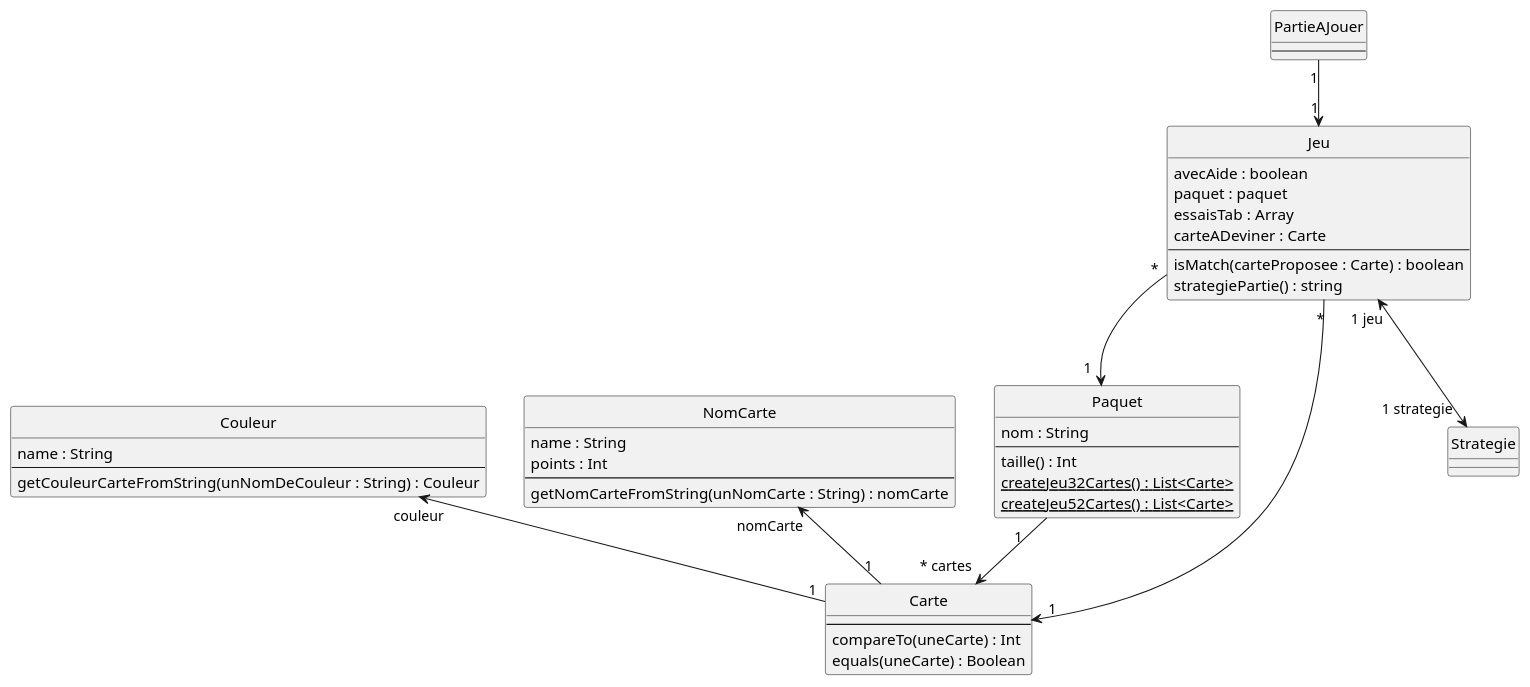
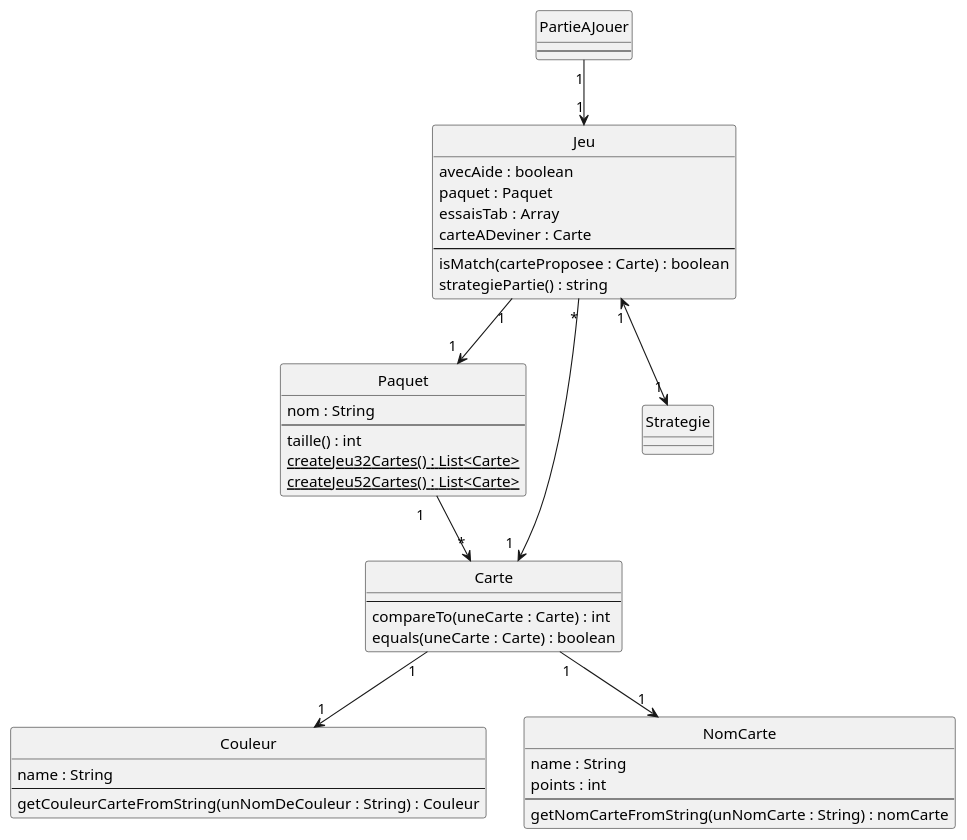
The first of 2 diagrams in README.adoc (DemoxDev/devineCarte_Js), drawn with PlantUML before and after one commit.

Commit message:
Correction UML

```diff
--- a/README.adoc
+++ b/README.adoc
@@ -51,60 +51,60 @@
 [plantuml]
 ----
 @startuml
 
 class Jeu {
   avecAide : boolean
-  paquet : paquet
+  paquet : Paquet
   essaisTab : Array
   carteADeviner : Carte
   ----
   isMatch(carteProposee : Carte) : boolean
   strategiePartie() : string
 }
 
 class Paquet {
   nom : String
   ---
-  taille() : Int
+  taille() : int
   {static} createJeu32Cartes() : List<Carte>
   {static} createJeu52Cartes() : List<Carte>
 }
 
 class Carte {
   ---
-  compareTo(uneCarte) : Int
-  equals(uneCarte) : Boolean
+  compareTo(uneCarte : Carte) : int
+  equals(uneCarte : Carte) : boolean
 }
 
 class Couleur {
   name : String
   ---
   getCouleurCarteFromString(unNomDeCouleur : String) : Couleur
 }
 
 class NomCarte {
   name : String
-  points : Int
+  points : int
   ----
   getNomCarteFromString(unNomCarte : String) : nomCarte
 }
 
 class PartieAJouer {
   ---
 }
 
 class Strategie {
 }
 
 
 PartieAJouer "1" --> "1" Jeu
-Jeu"*" --> "\n  1  " Carte : "\t\t\t"
-Jeu"*" --> " 1  " Paquet : "\t\t\t\t\t\t"
-Jeu"1 jeu" <--> "  1 strategie" Strategie
-Couleur"couleur" <-- "1" Carte
-Paquet "    1    " --> "    * cartes  " Carte
-NomCarte "nomCarte" <-- "1" Carte
+Jeu"*" --> "\n  1  " Carte
+Jeu"1" --> " 1  " Paquet
+Paquet "    1    " --> "    *" Carte
+Jeu"1" <--> "  1" Strategie
+Carte"1" --> "1"Couleur
+Carte"1" --> "1"NomCarte
 hide circle
 
 @enduml
 ----
```
